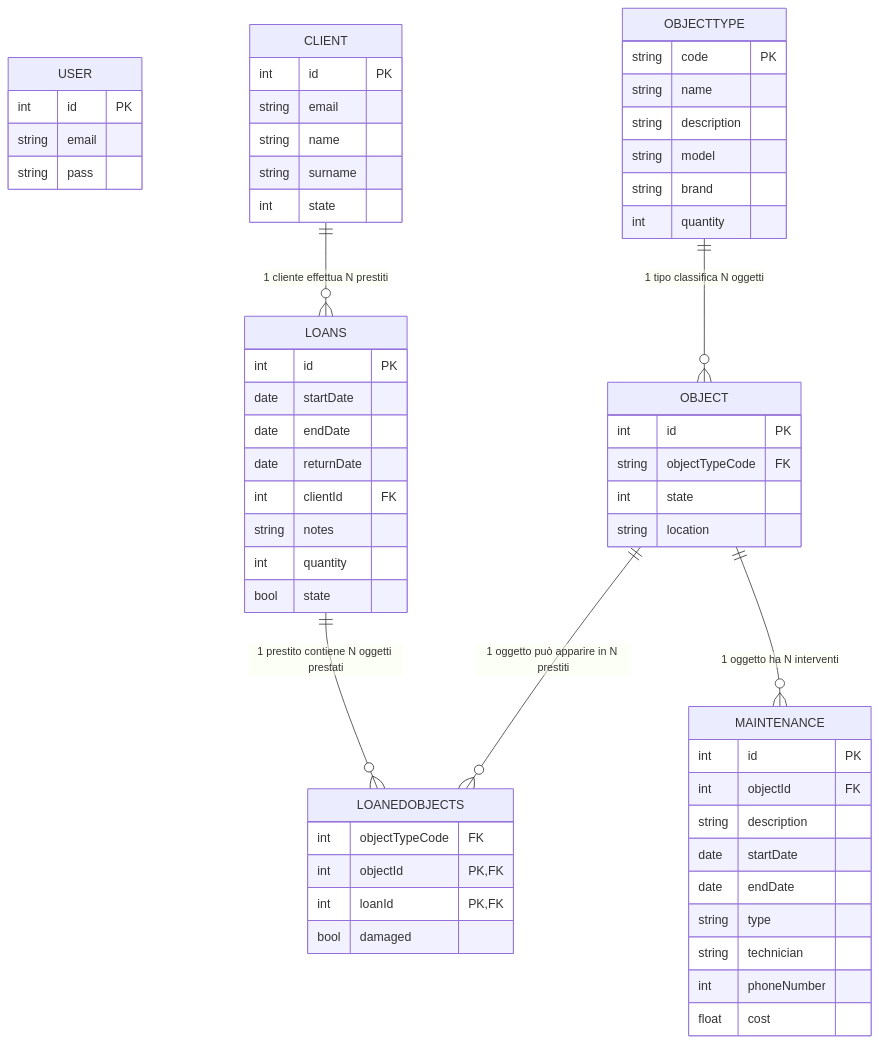
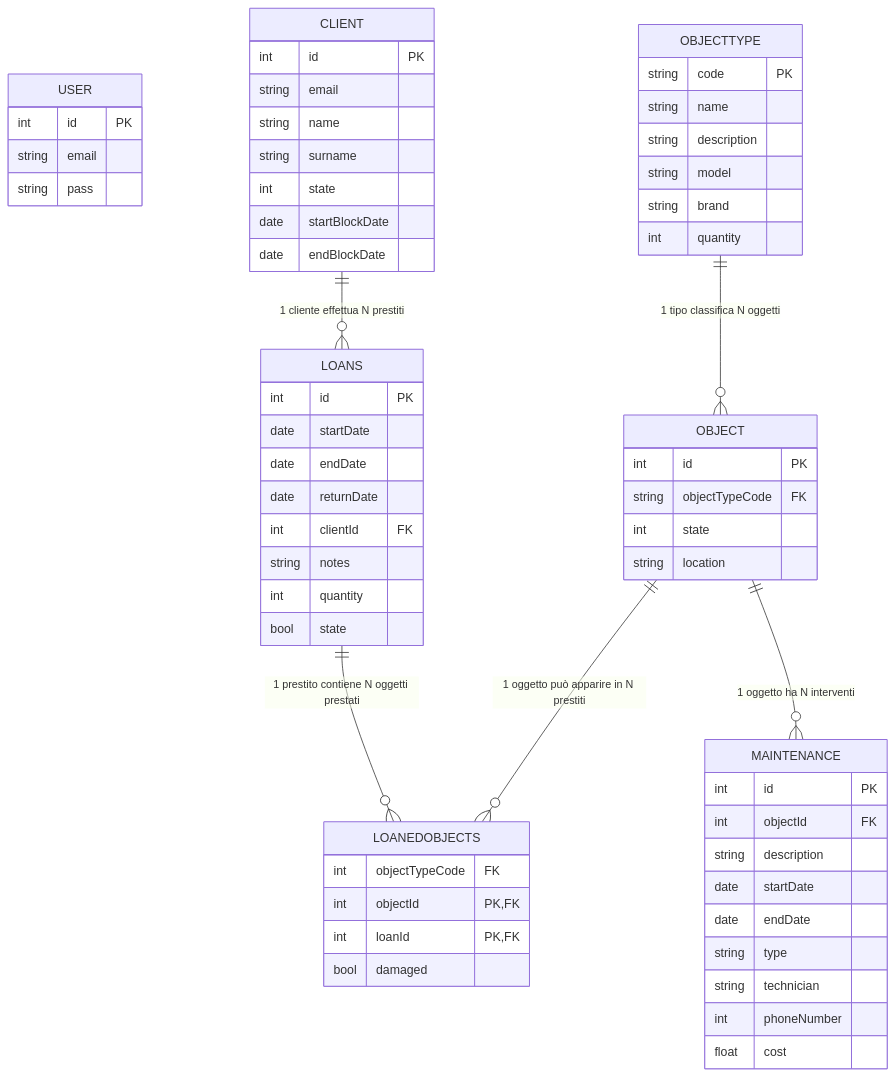
The diagram in Docs/db.mmd (GalloFrancesco04/lab-inventory), drawn with Mermaid before and after one commit. The commit also changed 2 other files, not shown here.

```diff
--- a/Docs/db.mmd
+++ b/Docs/db.mmd
@@ -1,73 +1,75 @@
 erDiagram
 
     USER {
         int id PK
         string email
         string pass
     }
 
     CLIENT {
         int id PK
         string email
         string name
         string surname
         int state
+        date startBlockDate
+        date endBlockDate
     }
 
     OBJECT {
         int id PK
         string objectTypeCode FK
         int state
         string location
     }
 
     OBJECTTYPE {
         string code PK
         string name
         string description
         string model
         string brand
         int quantity
     }
 
     LOANS {
         int id PK
         date startDate
         date endDate
         date returnDate
         int clientId FK
         string notes
         int quantity
         bool state
     }
 
     LOANEDOBJECTS {
         int objectTypeCode FK
         int objectId PK, FK
         int loanId PK, FK
         bool damaged
     }
 
     MAINTENANCE {
         int id PK
         int objectId FK
         string description
         date startDate
         date endDate
         string type
         string technician
         int phoneNumber
         float cost
     }
 
     %% RELAZIONI CON CARDINALITÀ FORMALI
 
     CLIENT ||--o{ LOANS : "1 cliente effettua N prestiti"
 
     LOANS ||--o{ LOANEDOBJECTS : "1 prestito contiene N oggetti prestati"
 
     OBJECTTYPE ||--o{ OBJECT : "1 tipo classifica N oggetti"
 
     OBJECT ||--o{ LOANEDOBJECTS : "1 oggetto può apparire in N prestiti"
 
     OBJECT ||--o{ MAINTENANCE : "1 oggetto ha N interventi"
```
